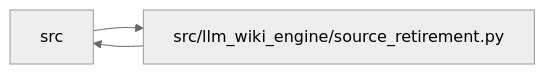
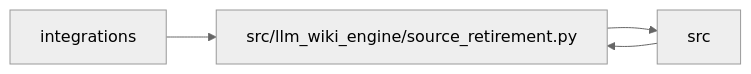
Before and after one commit to Denissvgn/python-wiki-llm: the diagram in docs/llm_wiki/modules/source_retirement.md, drawn with Mermaid (neutral theme). The commit also changed other lines of this file and 509 other files, not shown here.

First line of the commit message:
docs: refresh the wiki for the deprecated engine aliases

````diff
--- a/docs/llm_wiki/modules/source_retirement.md
+++ b/docs/llm_wiki/modules/source_retirement.md
@@ -49,8 +49,10 @@
 ```mermaid
 flowchart LR
-    n0["src"]
-    n1["src/llm_wiki_engine/source_retirement.py"]
-    n0 --> n1
-    n1 --> n0
-    click n1 "../modules/source_retirement.md"
+    n0["integrations"]
+    n1["src"]
+    n2["src/llm_wiki_engine/source_retirement.py"]
+    n0 --> n2
+    n1 --> n2
+    n2 --> n1
+    click n2 "../modules/source_retirement.md"
 ```
````
